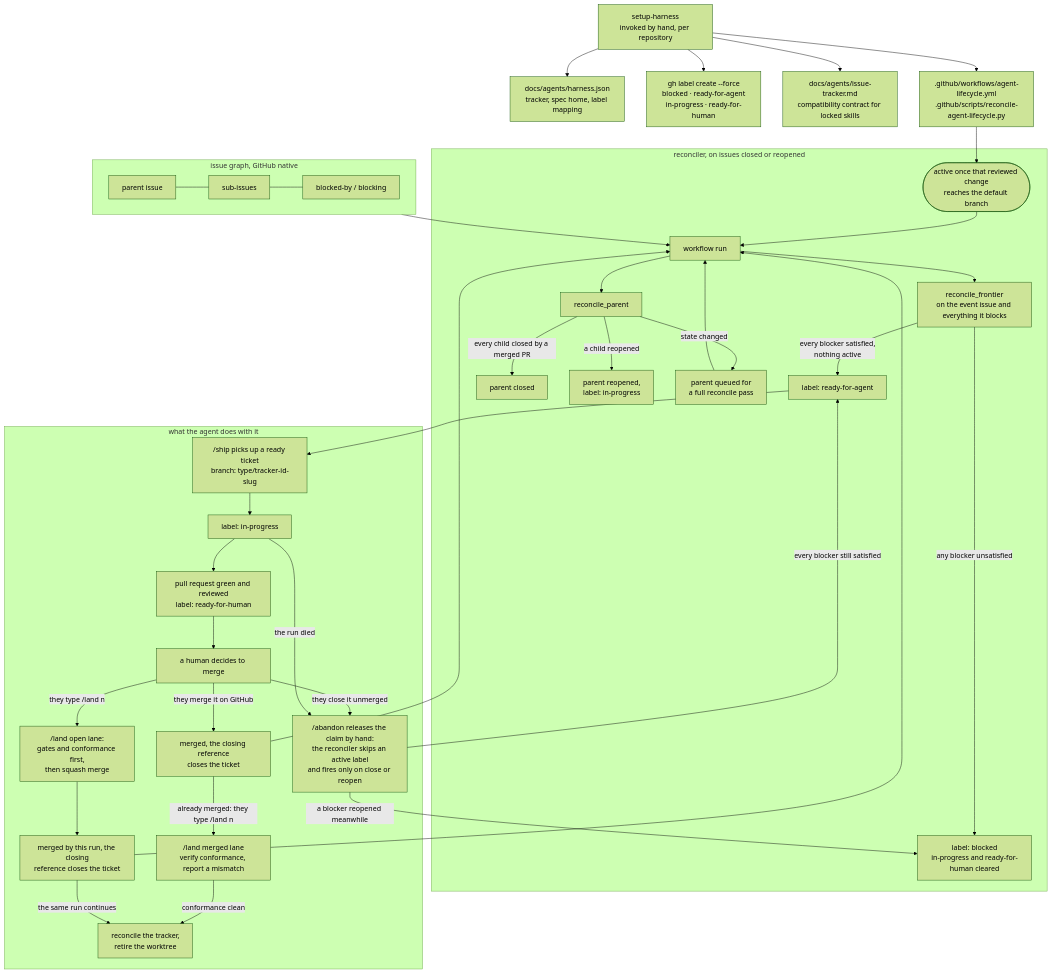
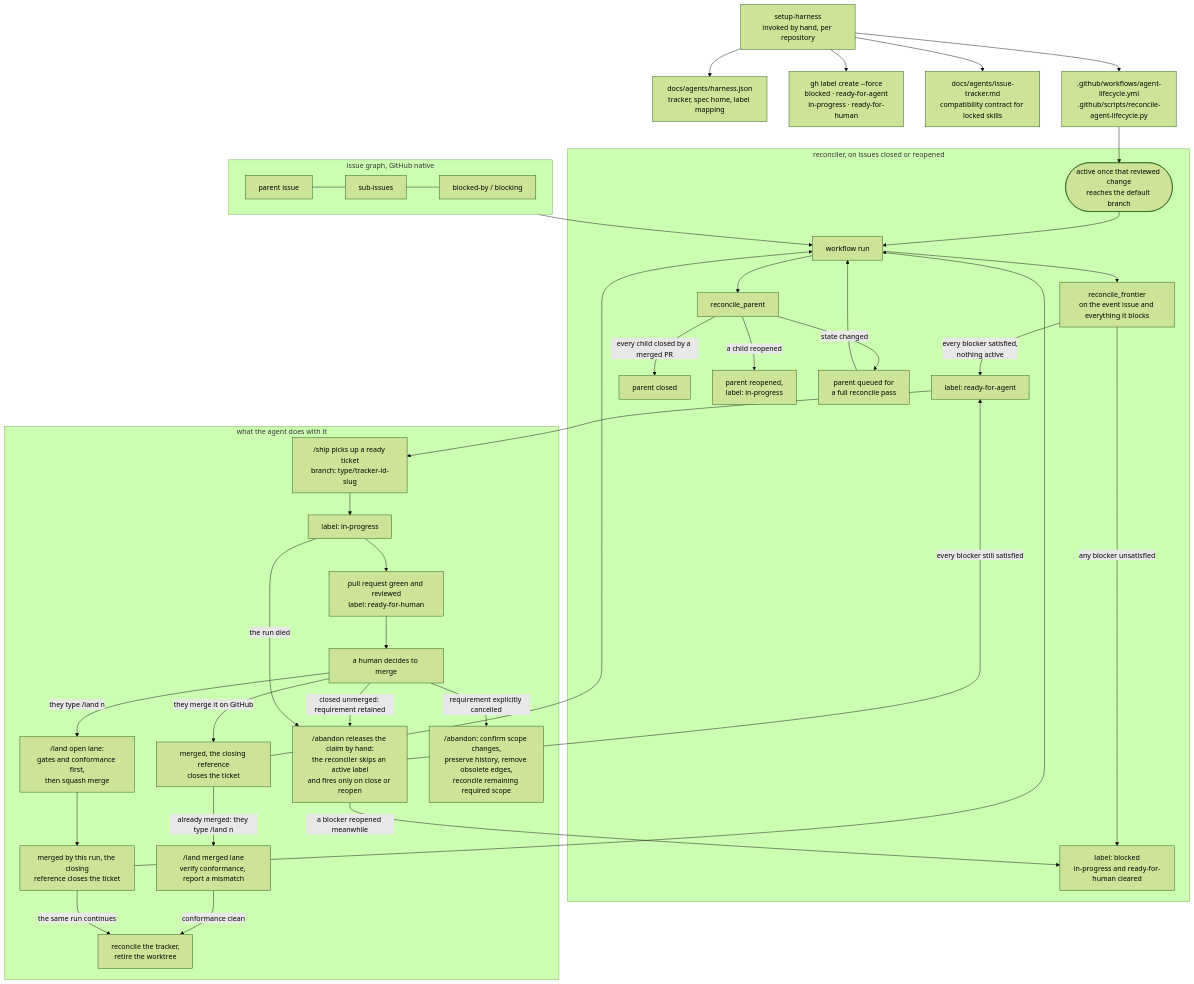
Before and after one commit to jvillegasd/harness: the second of 2 diagrams in harness/README.md, drawn with Mermaid (forest theme). The commit also changed other lines of this file and 3 other files, not shown here.

First line of the commit message:
fix(abandon): reconcile cancelled scope (#71)

````diff
--- a/harness/README.md
+++ b/harness/README.md
@@ -282,46 +282,47 @@
 ```mermaid
 flowchart TD
     setup["setup-harness<br>invoked by hand, per repository"] --> config["docs/agents/harness.json<br>tracker, spec home, label mapping"]
     setup --> labels["gh label create --force<br>blocked · ready-for-agent<br>in-progress · ready-for-human"]
     setup --> trackerdoc["docs/agents/issue-tracker.md<br>compatibility contract for locked skills"]
     setup --> files[".github/workflows/agent-lifecycle.yml<br>.github/scripts/reconcile-agent-lifecycle.py"]
     files --> active(["active once that reviewed change<br>reaches the default branch"])
 
     subgraph GRAPH["issue graph, GitHub native"]
         parent["parent issue"] --- children["sub-issues"]
         children --- deps["blocked-by / blocking"]
     end
 
     subgraph RUN["reconciler, on issues closed or reopened"]
         active --> trigger["workflow run"]
         trigger --> frontier["reconcile_frontier<br>on the event issue and everything it blocks"]
         frontier -->|any blocker unsatisfied| blocked["label: blocked<br>in-progress and ready-for-human cleared"]
         frontier -->|every blocker satisfied,<br>nothing active| ready["label: ready-for-agent"]
         trigger --> parentstate["reconcile_parent"]
         parentstate -->|every child closed by a merged PR| closeparent["parent closed"]
         parentstate -->|a child reopened| reopenparent["parent reopened,<br>label: in-progress"]
         parentstate -->|state changed| parentqueue["parent queued for<br>a full reconcile pass"]
         parentqueue --> trigger
     end
 
     GRAPH --> trigger
 
     subgraph AGENT["what the agent does with it"]
         ready --> ship["/ship picks up a ready ticket<br>branch: type/tracker-id-slug"]
         ship --> inprogress["label: in-progress"]
         inprogress --> prready["pull request green and reviewed<br>label: ready-for-human"]
         prready --> humanmerge["a human decides to merge"]
         humanmerge -->|they merge it on GitHub| merged["merged, the closing reference<br>closes the ticket"]
         humanmerge -->|they type /land n| landopen["/land open lane:<br>gates and conformance first,<br>then squash merge"]
         landopen --> mergedself["merged by this run, the closing<br>reference closes the ticket"]
         mergedself --> trigger
         merged --> trigger
         merged -->|already merged: they type /land n| landmerged["/land merged lane<br>verify conformance, report a mismatch"]
         landmerged -->|conformance clean| landtail["reconcile the tracker,<br>retire the worktree"]
         mergedself -->|the same run continues| landtail
-        humanmerge -->|they close it unmerged| abandonlabel["/abandon releases the claim by hand:<br>the reconciler skips an active label<br>and fires only on close or reopen"]
+        humanmerge -->|closed unmerged: requirement retained| abandonlabel["/abandon releases the claim by hand:<br>the reconciler skips an active label<br>and fires only on close or reopen"]
+        humanmerge -->|requirement explicitly cancelled| cancelscope["/abandon: confirm scope changes,<br>preserve history, remove obsolete edges,<br>reconcile remaining required scope"]
         inprogress -->|the run died| abandonlabel
         abandonlabel -->|every blocker still satisfied| ready
         abandonlabel -->|a blocker reopened meanwhile| blocked
     end
 ```
````
